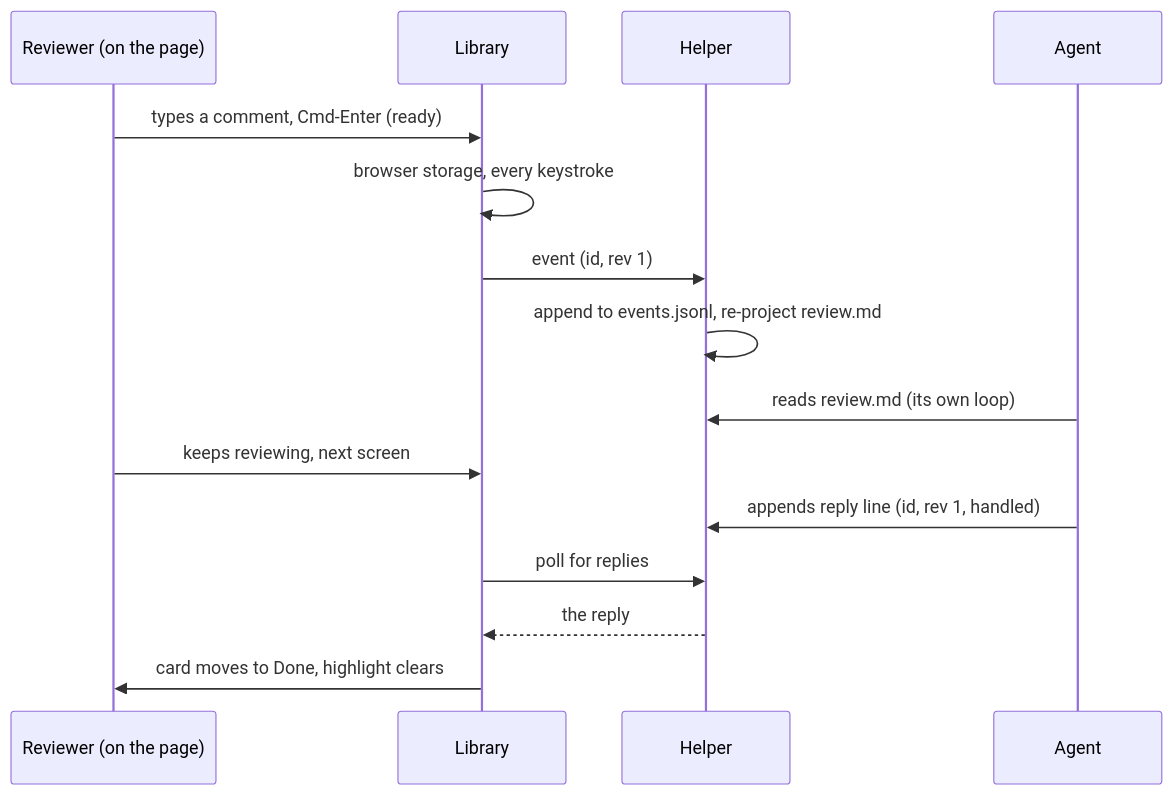
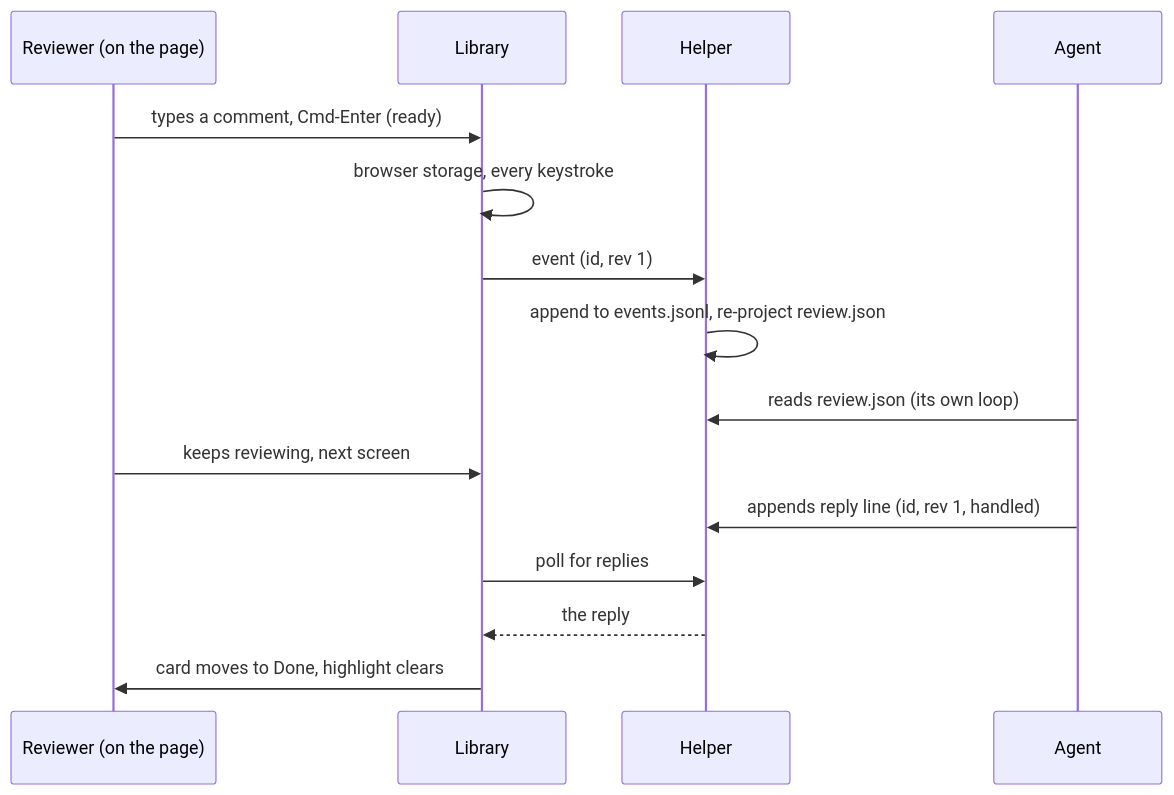
Before and after one commit to kenxle/live-agentic-html-editor: the third of 4 diagrams in docs/features/20260812.01_live_agentic_html_editor/02_architecture_live_agentic_html_editor.md, drawn with Mermaid. The commit also changed other lines of this file and 3 other files, not shown here.

````diff
--- a/docs/features/20260812.01_live_agentic_html_editor/02_architecture_live_agentic_html_editor.md
+++ b/docs/features/20260812.01_live_agentic_html_editor/02_architecture_live_agentic_html_editor.md
@@ -276,18 +281,18 @@
 ```mermaid
 sequenceDiagram
     participant K as Reviewer (on the page)
     participant L as Library
     participant H as Helper
     participant A as Agent
 
     K->>L: types a comment, Cmd-Enter (ready)
     L->>L: browser storage, every keystroke
     L->>H: event (id, rev 1)
-    H->>H: append to events.jsonl, re-project review.md
-    A->>H: reads review.md (its own loop)
+    H->>H: append to events.jsonl, re-project review.json
+    A->>H: reads review.json (its own loop)
     K->>L: keeps reviewing, next screen
     A->>H: appends reply line (id, rev 1, handled)
     L->>H: poll for replies
     H-->>L: the reply
     L->>K: card moves to Done, highlight clears
 ```
````
